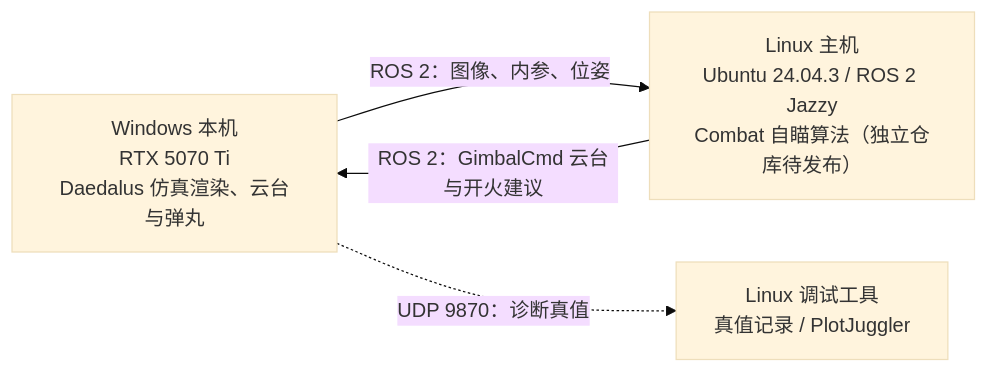
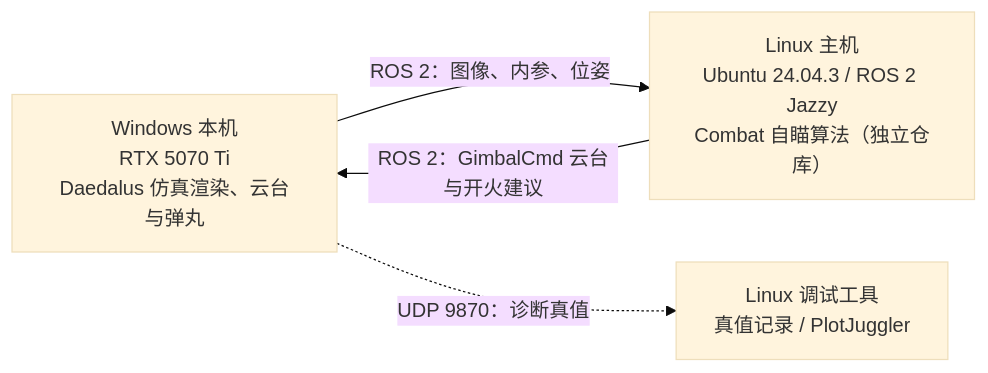
The diagram in README.md (MalzaharGeng/RM_rune_simulator), drawn with Mermaid (base theme) before and after one commit. The commit also changed other lines of this file, not shown here.

````diff
--- a/README.md
+++ b/README.md
@@ -15,9 +74,9 @@
 ```mermaid
 flowchart LR
     WIN["Windows 本机<br/>RTX 5070 Ti<br/>Daedalus 仿真渲染、云台与弹丸"]
-    LIN["Linux 主机<br/>Ubuntu 24.04.3 / ROS 2 Jazzy<br/>Combat 自瞄算法（独立仓库待发布）"]
+    LIN["Linux 主机<br/>Ubuntu 24.04.3 / ROS 2 Jazzy<br/>Combat 自瞄算法（独立仓库）"]
     DBG["Linux 调试工具<br/>真值记录 / PlotJuggler"]
     WIN -->|"ROS 2：图像、内参、位姿"| LIN
     LIN -->|"ROS 2：GimbalCmd 云台与开火建议"| WIN
     WIN -.->|"UDP 9870：诊断真值"| DBG
 ```
````
